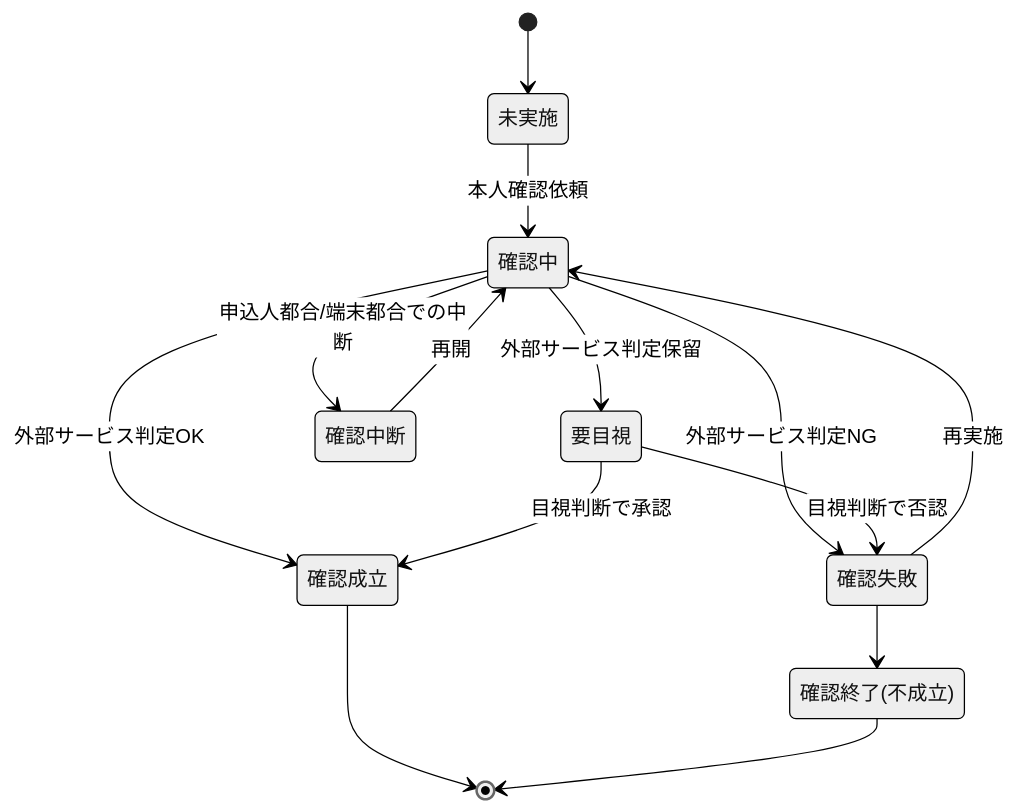
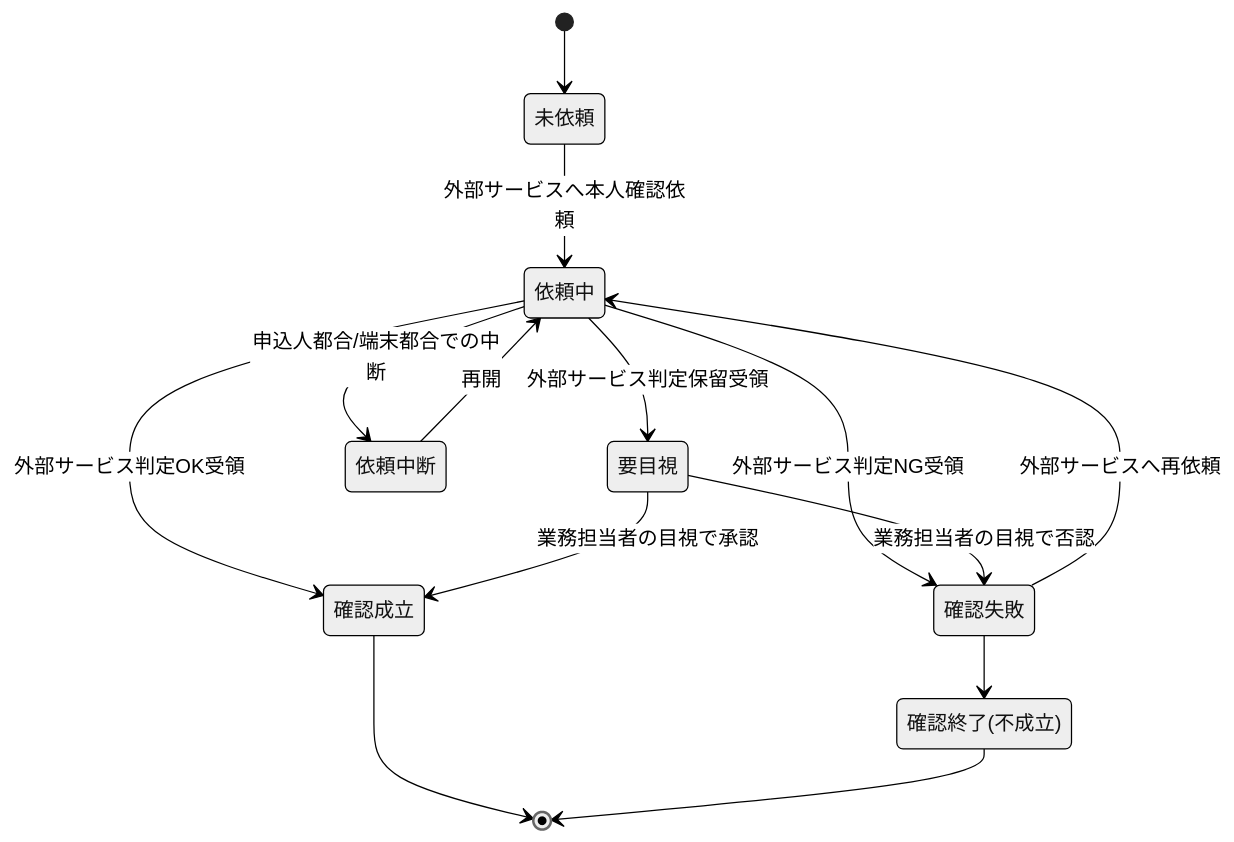
Before and after one commit to Acceler-Digital/karura-sample-artifacts-individual-life-insurance-new-business: the diagram in docs/D1.business-requirements/domain-requirements/know-your-customer-requirement-document.md, drawn with Mermaid (neutral theme). The commit also changed other lines of this file and 17 other files, not shown here.

````diff
--- a/docs/D1.business-requirements/domain-requirements/know-your-customer-requirement-document.md
+++ b/docs/D1.business-requirements/domain-requirements/know-your-customer-requirement-document.md
@@ -35,16 +46,16 @@
 ```mermaid
 stateDiagram-v2
-    [*] --> 未実施
-    未実施 --> 確認中: 本人確認依頼
-    確認中 --> 確認成立: 外部サービス判定OK
-    確認中 --> 要目視: 外部サービス判定保留
-    確認中 --> 確認失敗: 外部サービス判定NG
-    確認中 --> 確認中断: 申込人都合/端末都合での中断
-    確認中断 --> 確認中: 再開
-    要目視 --> 確認成立: 目視判断で承認
-    要目視 --> 確認失敗: 目視判断で否認
-    確認失敗 --> 確認中: 再実施
+    [*] --> 未依頼
+    未依頼 --> 依頼中: 外部サービスへ本人確認依頼
+    依頼中 --> 確認成立: 外部サービス判定OK受領
+    依頼中 --> 要目視: 外部サービス判定保留受領
+    依頼中 --> 確認失敗: 外部サービス判定NG受領
+    依頼中 --> 依頼中断: 申込人都合/端末都合での中断
+    依頼中断 --> 依頼中: 再開
+    要目視 --> 確認成立: 業務担当者の目視で承認
+    要目視 --> 確認失敗: 業務担当者の目視で否認
+    確認失敗 --> 依頼中: 外部サービスへ再依頼
     確認成立 --> [*]
     確認失敗 --> 確認終了(不成立)
     確認終了(不成立) --> [*]
 ```
````
